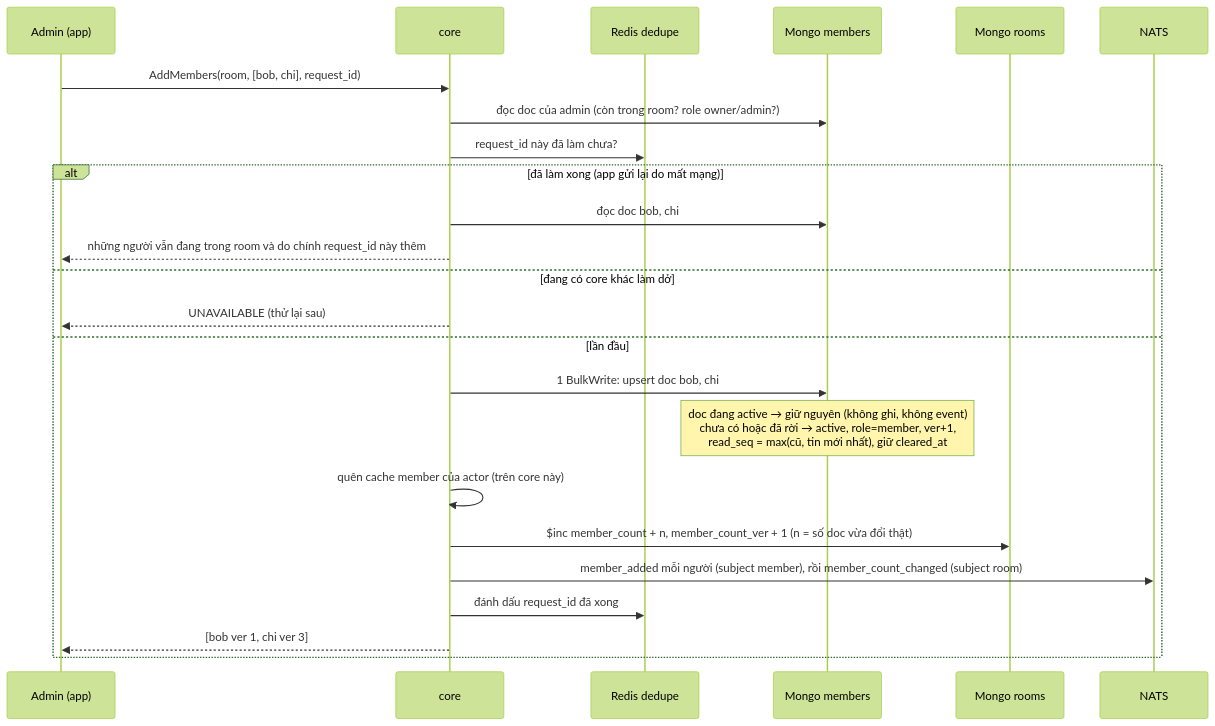
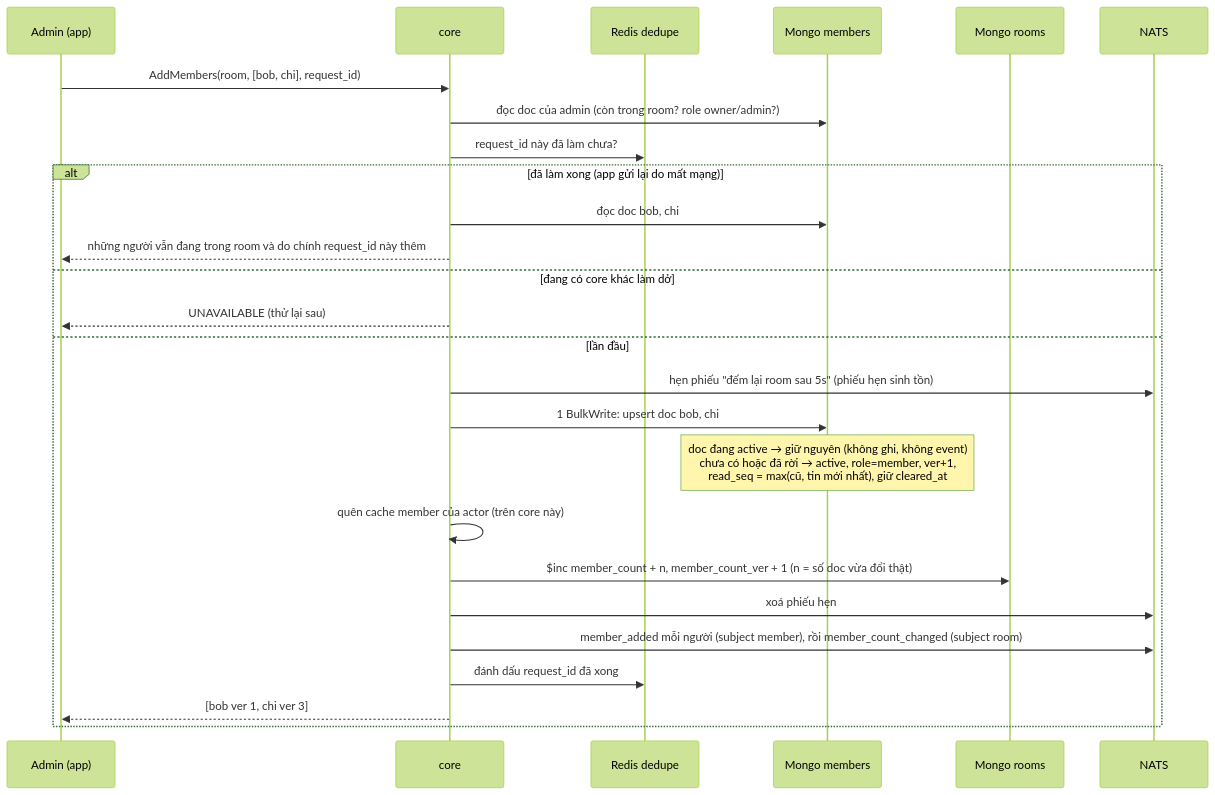
The second of 4 diagrams in docs/plans/2026-10-06-m2b4-members-read-summary.md (ivannguyendev/chatim), drawn with Mermaid (forest theme) before and after one commit. The commit also changed other lines of this file and 5 other files, not shown here.

````diff
--- a/docs/plans/2026-10-06-m2b4-members-read-summary.md
+++ b/docs/plans/2026-10-06-m2b4-members-read-summary.md
@@ -130,26 +130,28 @@
 ```mermaid
 sequenceDiagram
   participant A as Admin (app)
   participant C as core
   participant R as Redis dedupe
   participant M as Mongo members
   participant RM as Mongo rooms
   participant N as NATS
   A->>C: AddMembers(room, [bob, chi], request_id)
   C->>M: đọc doc của admin (còn trong room? role owner/admin?)
   C->>R: request_id này đã làm chưa?
   alt đã làm xong (app gửi lại do mất mạng)
     C->>M: đọc doc bob, chi
     C-->>A: những người vẫn đang trong room và do chính request_id này thêm
   else đang có core khác làm dở
     C-->>A: UNAVAILABLE (thử lại sau)
   else lần đầu
+    C->>N: hẹn phiếu "đếm lại room sau 5s" (phiếu hẹn sinh tồn)
     C->>M: 1 BulkWrite: upsert doc bob, chi
     Note over M: doc đang active → giữ nguyên (không ghi, không event)<br/>chưa có hoặc đã rời → active, role=member, ver+1,<br/>read_seq = max(cũ, tin mới nhất), giữ cleared_at
     C->>C: quên cache member của actor (trên core này)
     C->>RM: $inc member_count + n, member_count_ver + 1 (n = số doc vừa đổi thật)
+    C->>N: xoá phiếu hẹn
     C->>N: member_added mỗi người (subject member), rồi member_count_changed (subject room)
     C->>R: đánh dấu request_id đã xong
     C-->>A: [bob ver 1, chi ver 3]
   end
 ```
````
